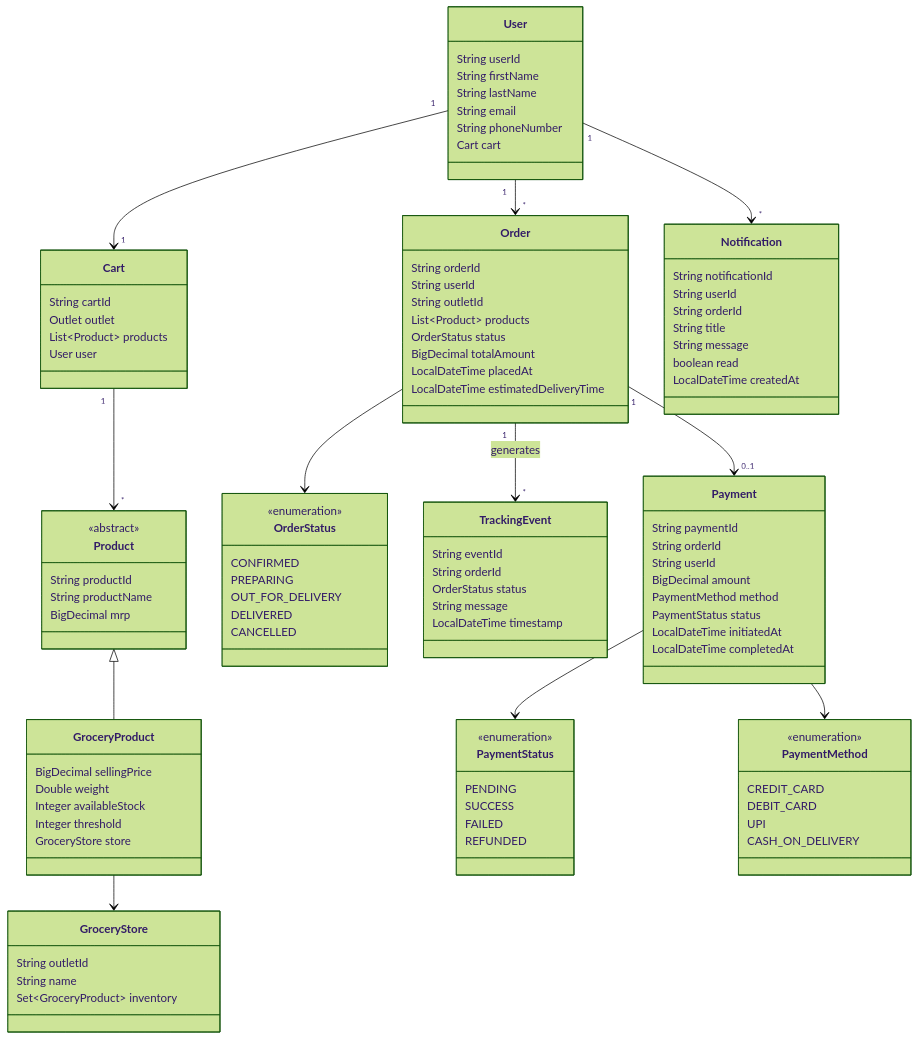
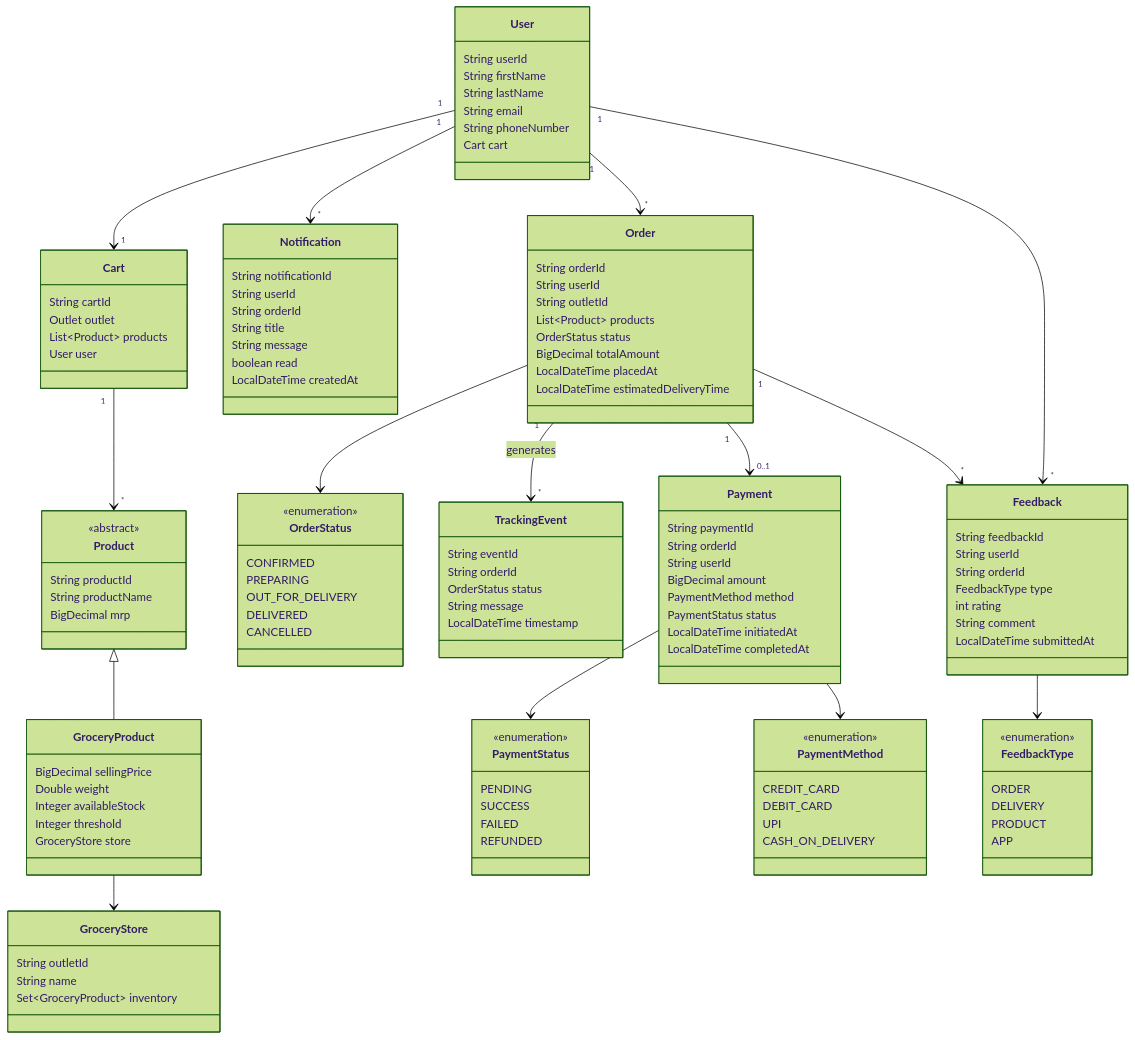
One commit to sercheo87/joi-delivery-java changed the fifth of 7 diagrams in DEVELOPMENT.md. Above: the diagram before and after it, drawn with Mermaid (forest theme). The commit also changed other lines of this file and 8 other files, not shown here.

````diff
--- a/DEVELOPMENT.md
+++ b/DEVELOPMENT.md
@@ -288,6 +299,24 @@
         Set~GroceryProduct~ inventory
     }
 
+    class Feedback {
+        String feedbackId
+        String userId
+        String orderId
+        FeedbackType type
+        int rating
+        String comment
+        LocalDateTime submittedAt
+    }
+
+    class FeedbackType {
+        <<enumeration>>
+        ORDER
+        DELIVERY
+        PRODUCT
+        APP
+    }
+
     User "1" --> "1" Cart
     Cart "1" --> "*" Product
     Product <|-- GroceryProduct
@@ -299,4 +328,7 @@
     Payment --> PaymentMethod
     User "1" --> "*" Notification
     User "1" --> "*" Order
+    User "1" --> "*" Feedback
+    Order "1" --> "*" Feedback
+    Feedback --> FeedbackType
 ```
````
